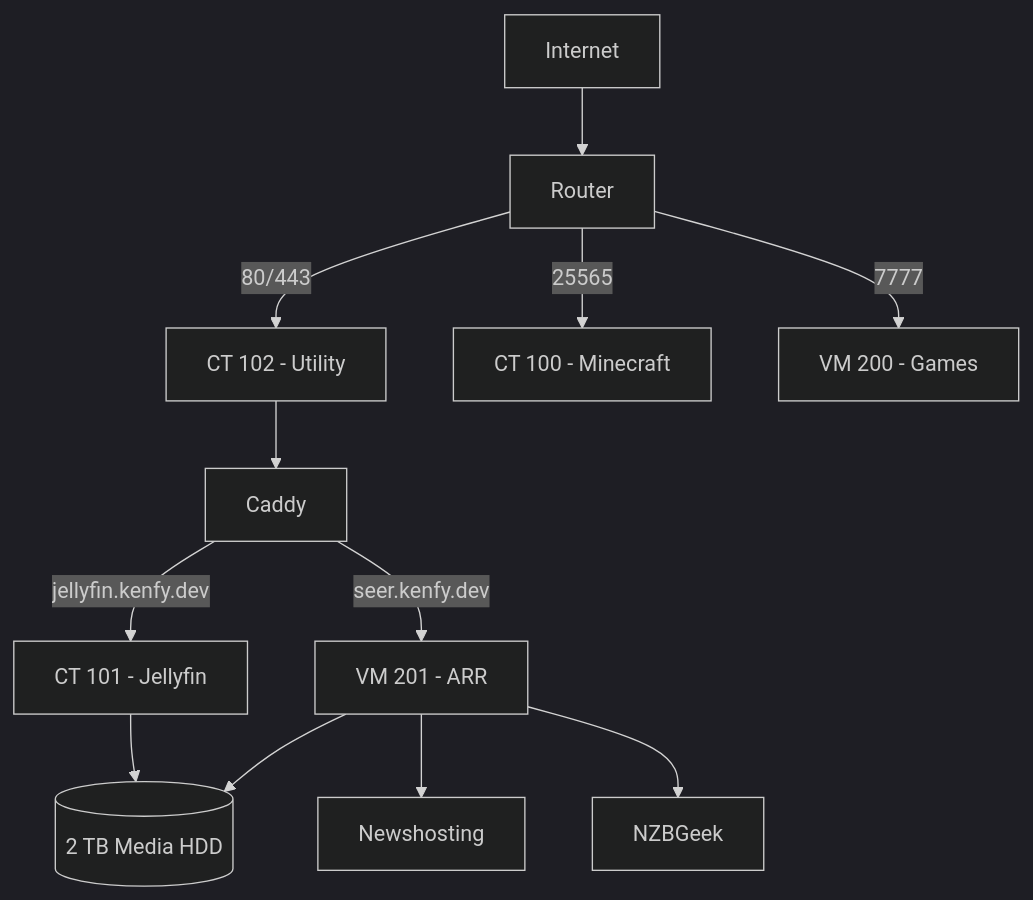
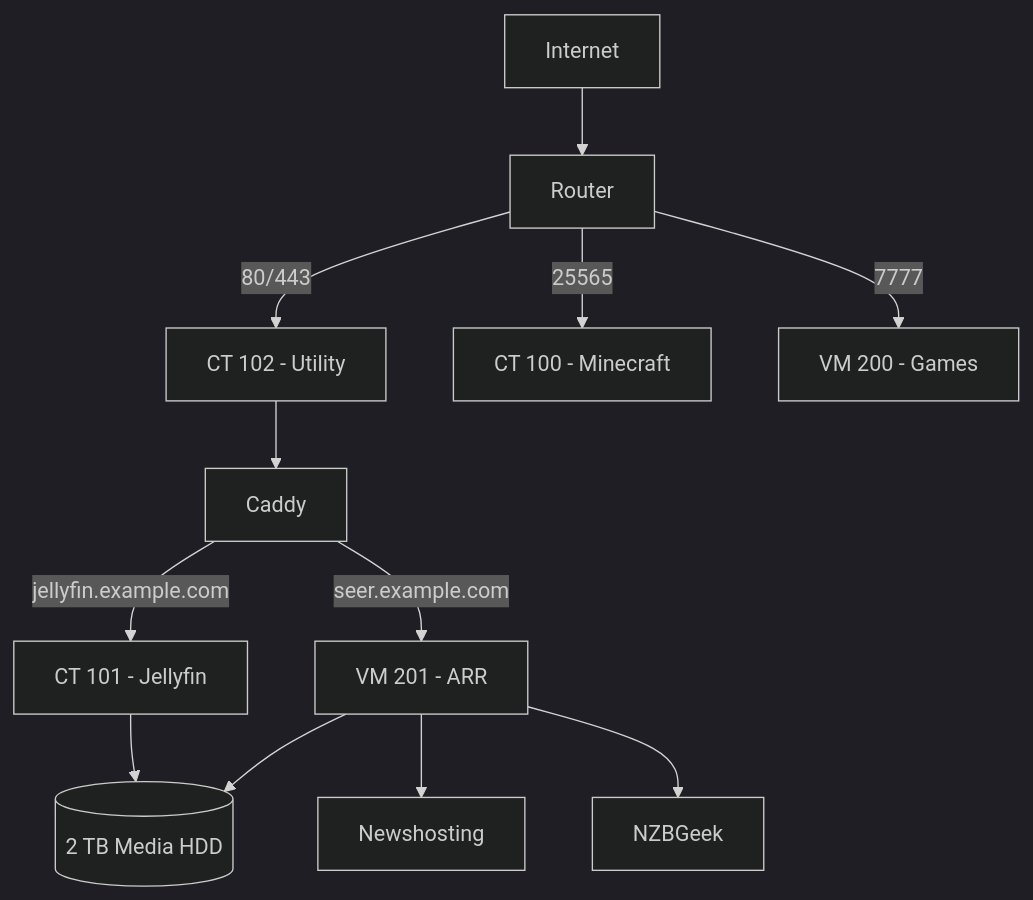
Before and after one commit to KenfyV2/proxmox-homelab: the diagram in README.md, drawn with Mermaid (dark theme). The commit also changed other lines of this file and 10 other files, not shown here.

````diff
--- a/README.md
+++ b/README.md
@@ -9,17 +9,17 @@
 ```mermaid
 flowchart TD
     Internet --> Router
     Router -->|80/443| Utility[CT 102 - Utility\n<UTILITY_IP>]
     Router -->|25565| Minecraft[CT 100 - Minecraft\n<MINECRAFT_IP>]
     Router -->|7777| Games[VM 200 - Games\n<GAMES_IP>]
 
     Utility --> Caddy
-    Caddy -->|jellyfin.kenfy.dev| Jellyfin[CT 101 - Jellyfin\n<JELLYFIN_IP>]
-    Caddy -->|seer.kenfy.dev| Arr[VM 201 - ARR\n<ARR_IP>]
+    Caddy -->|jellyfin.example.com| Jellyfin[CT 101 - Jellyfin\n<JELLYFIN_IP>]
+    Caddy -->|seer.example.com| Arr[VM 201 - ARR\n<ARR_IP>]
 
     Arr --> Storage[(2 TB Media HDD)]
     Jellyfin --> Storage
 
     Arr --> Newshosting
     Arr --> NZBGeek
 ```
````
